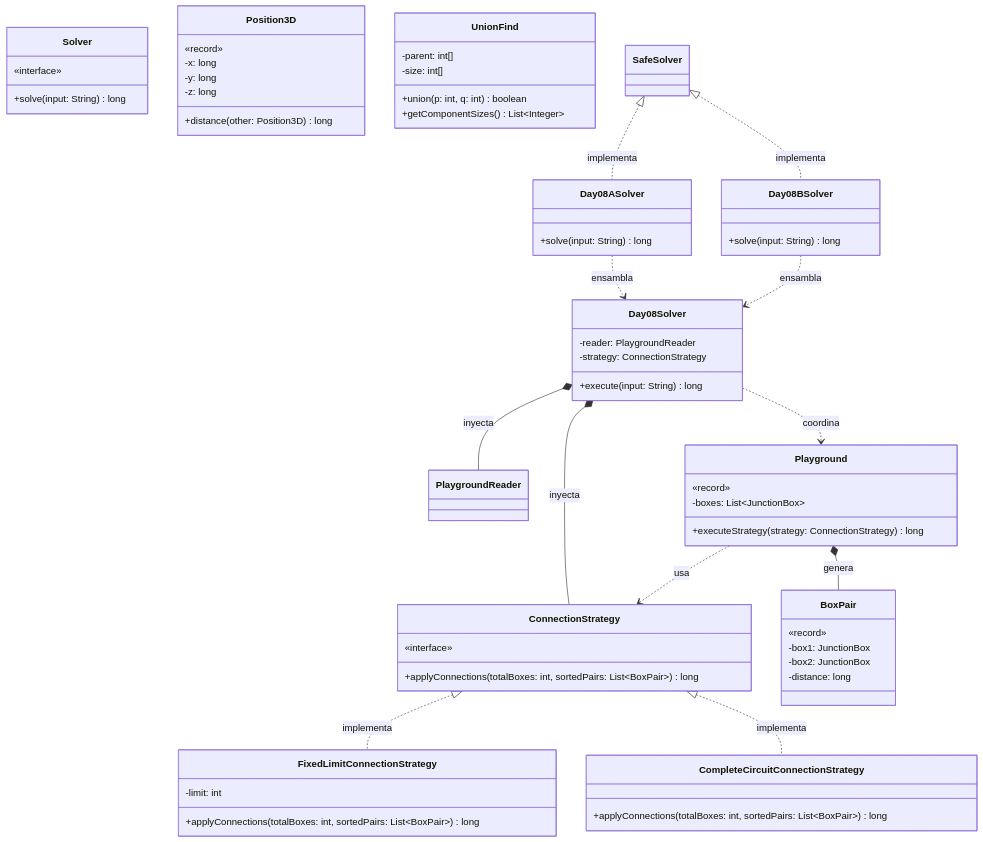
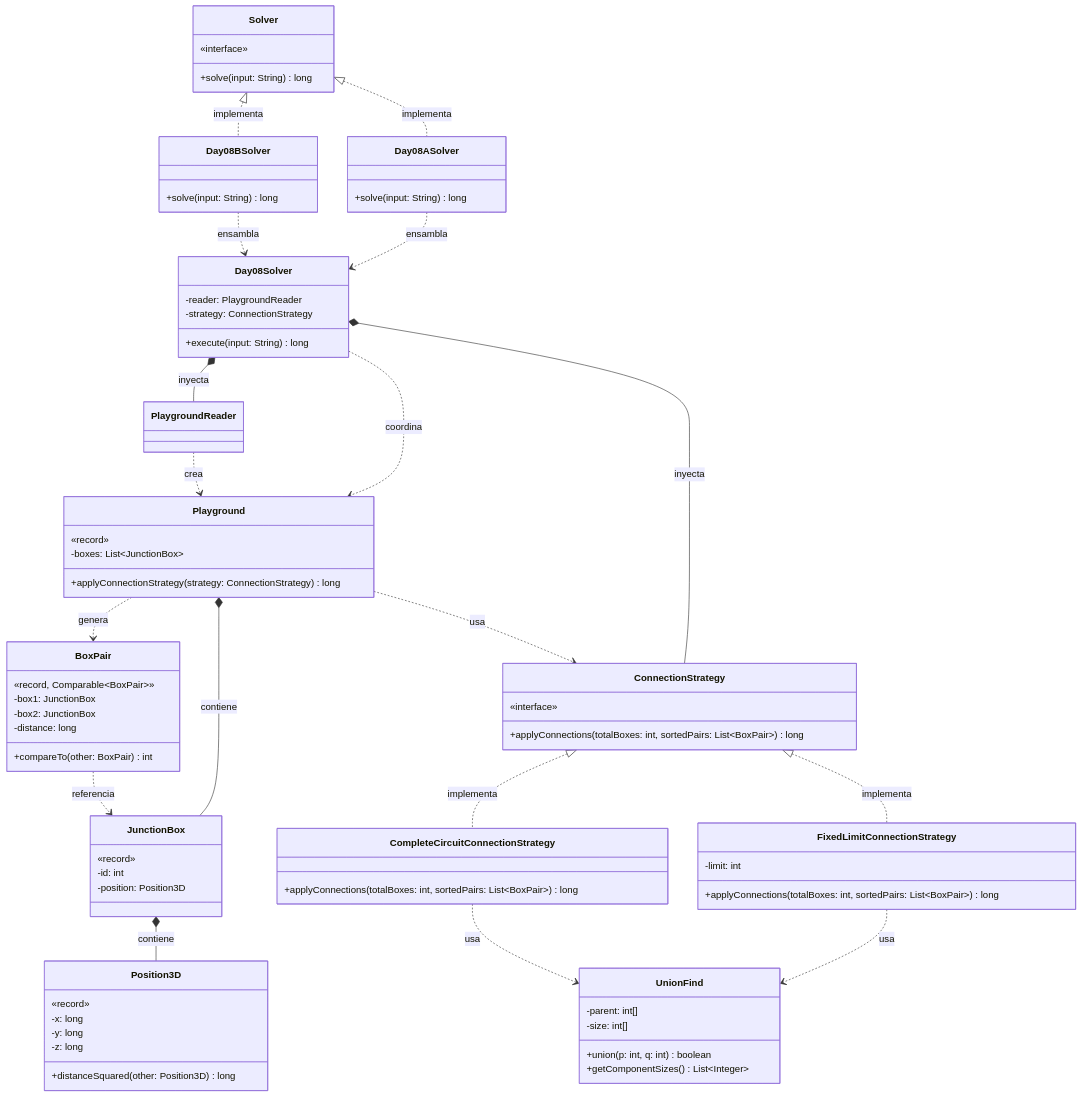
Before and after one commit to ivanperezdiaz829/AoC2025: the diagram in src/main/java/software/aoc/day08/README.md, drawn with Mermaid. The commit also changed other lines of this file and 2 other files, not shown here.

````diff
--- a/src/main/java/software/aoc/day08/README.md
+++ b/src/main/java/software/aoc/day08/README.md
@@ -58,7 +60,13 @@
   class Playground {
     «record»
     -boxes: List~JunctionBox~
-    +executeStrategy(strategy: ConnectionStrategy) long
+    +applyConnectionStrategy(strategy: ConnectionStrategy) long
+  }
+
+  class JunctionBox {
+    «record»
+    -id: int
+    -position: Position3D
   }
 
   class Position3D {
@@ -66,14 +74,15 @@
     -x: long
     -y: long
     -z: long
-    +distance(other: Position3D) long
+    +distanceSquared(other: Position3D) long
   }
 
   class BoxPair {
-    «record»
+    «record, Comparable~BoxPair~»
     -box1: JunctionBox
     -box2: JunctionBox
     -distance: long
+    +compareTo(other: BoxPair) int
   }
 
   class ConnectionStrategy {
@@ -98,8 +107,8 @@
   }
 
 %% Relaciones de Implementación
-  SafeSolver <|.. Day08ASolver : implementa
-  SafeSolver <|.. Day08BSolver : implementa
+  Solver <|.. Day08ASolver : implementa
+  Solver <|.. Day08BSolver : implementa
   ConnectionStrategy <|.. FixedLimitConnectionStrategy : implementa
   ConnectionStrategy <|.. CompleteCircuitConnectionStrategy : implementa
 
@@ -111,6 +120,12 @@
 
 %% Relaciones de Dominio
   Day08Solver ..> Playground : coordina
+  PlaygroundReader ..> Playground : crea
+  Playground *-- JunctionBox : contiene
+  Playground ..> BoxPair : genera
   Playground ..> ConnectionStrategy : usa
-  Playground *-- BoxPair : genera
+  BoxPair ..> JunctionBox : referencia
+  JunctionBox *-- Position3D : contiene
+  FixedLimitConnectionStrategy ..> UnionFind : usa
+  CompleteCircuitConnectionStrategy ..> UnionFind : usa
 ```
````
